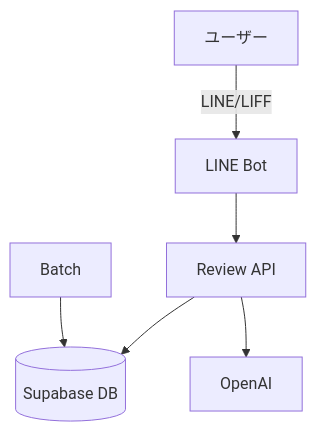
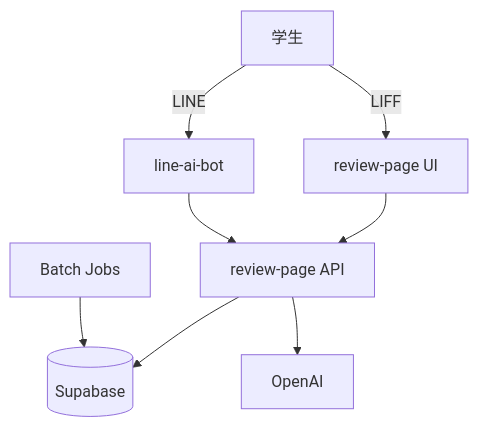
The first of 3 diagrams in wiki/03-アーキテクチャ.md (lego0509/campus-ai), drawn with Mermaid before and after one commit. The commit also changed other lines of this file and 36 other files, not shown here.

````diff
--- a/wiki/03-アーキテクチャ.md
+++ b/wiki/03-アーキテクチャ.md
@@ -8,8 +9,10 @@
 ```mermaid
 flowchart TD
-  User[ユーザー] -->|LINE/LIFF| Line[LINE Bot]
-  Line --> Review[Review API]
-  Review --> Supabase[(Supabase DB)]
-  Review --> OpenAI[OpenAI]
-  Batch[Batch] --> Supabase
+  User[学生] -->|LIFF| ReviewUI[review-page UI]
+  User -->|LINE| LineBot[line-ai-bot]
+  ReviewUI --> ReviewAPI[review-page API]
+  LineBot --> ReviewAPI
+  ReviewAPI --> Supabase[(Supabase)]
+  ReviewAPI --> OpenAI[OpenAI]
+  Batch[Batch Jobs] --> Supabase
 ```
````
